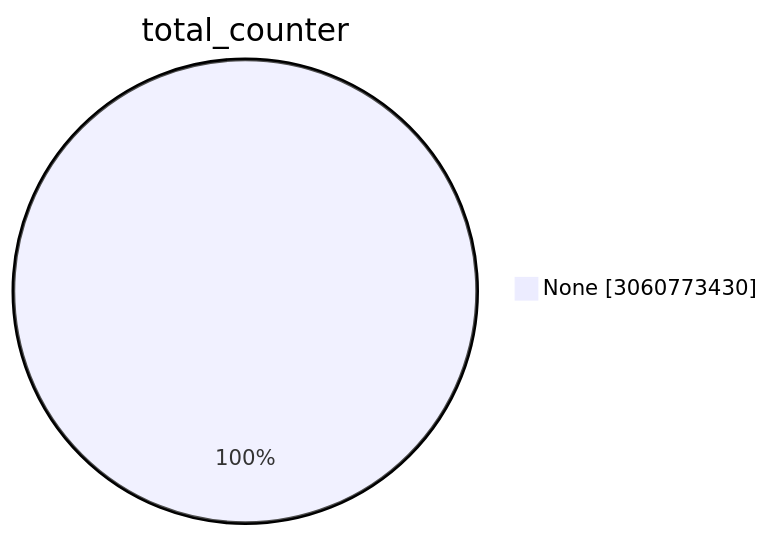
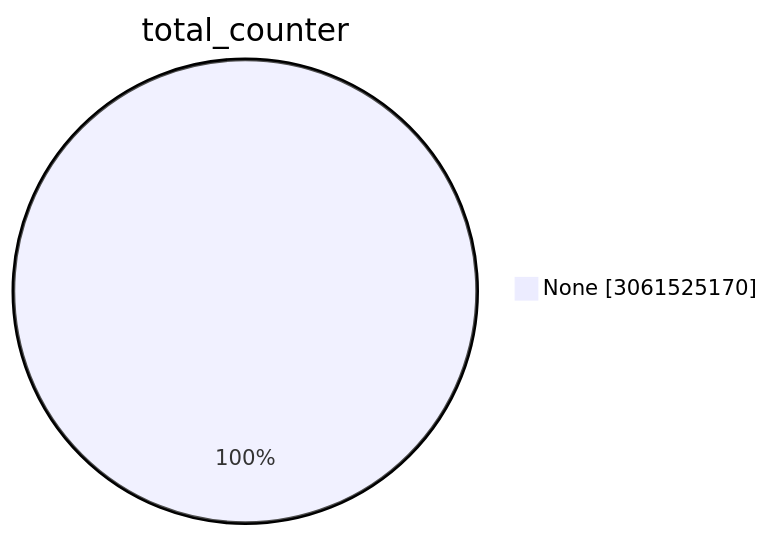
Before and after one commit to christiankrug/ctmonitor_visualization: the first of 15 diagrams in TOTAL/README.md, drawn with Mermaid. The commit also changed other lines of this file, not shown here.

````diff
--- a/TOTAL/README.md
+++ b/TOTAL/README.md
@@ -1,5 +1,5 @@
 ```mermaid
 pie showData
 title total_counter
-"None" :3060773430
+"None" :3061525170
 ```
````
